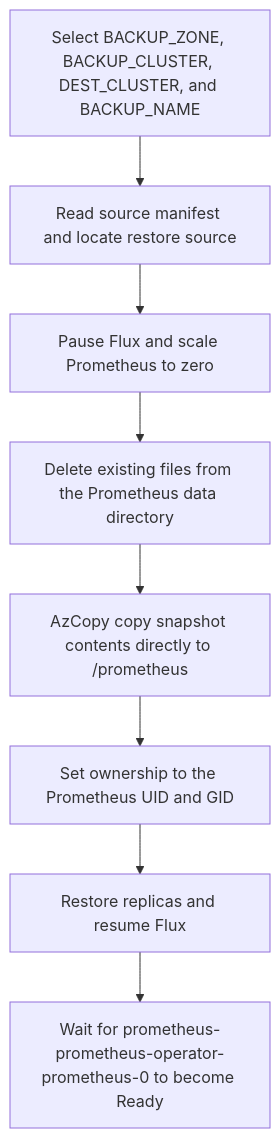
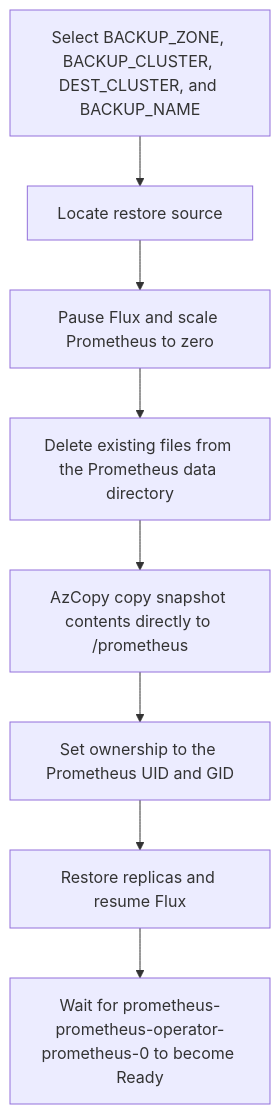
The second of 2 diagrams in scripts/prometheus-operator/README.md (equinor/radix-platform), drawn with Mermaid before and after one commit. The commit also changed other lines of this file and 4 other files, not shown here.

````diff
--- a/scripts/prometheus-operator/README.md
+++ b/scripts/prometheus-operator/README.md
@@ -115,12 +105,12 @@
 ```mermaid
 flowchart TD
         select[Select BACKUP_ZONE, BACKUP_CLUSTER, DEST_CLUSTER, and BACKUP_NAME]
-        verify[Read source manifest and locate restore source]
+        verify[Locate restore source]
         stop[Pause Flux and scale Prometheus to zero]
         wipe[Delete existing files from the Prometheus data directory]
         download[AzCopy copy snapshot contents directly to /prometheus]
         owner[Set ownership to the Prometheus UID and GID]
         start[Restore replicas and resume Flux]
         ready[Wait for prometheus-prometheus-operator-prometheus-0 to become Ready]
         select --> verify --> stop --> wipe --> download --> owner --> start --> ready
 ```
````
